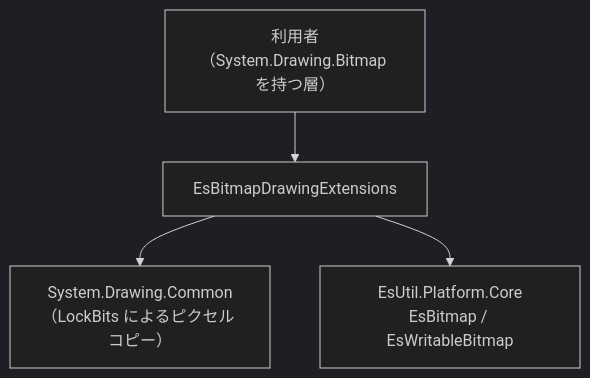
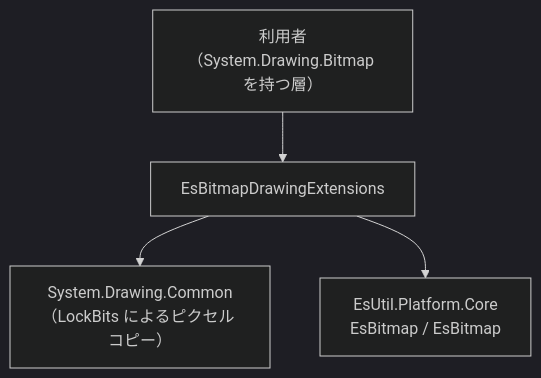
One commit to tomokuni/SaveEvidence changed the first of 2 diagrams in src/EsUtil.Platform.Core.Windows/docs/SPEC_System.md. Above: the diagram before and after it, drawn with Mermaid (dark theme). The commit also changed other lines of this file and 41 other files, not shown here.

````diff
--- a/src/EsUtil.Platform.Core.Windows/docs/SPEC_System.md
+++ b/src/EsUtil.Platform.Core.Windows/docs/SPEC_System.md
@@ -35,6 +35,6 @@
 ```mermaid
 graph TD
     A["利用者（System.Drawing.Bitmap を持つ層）"] --> B["EsBitmapDrawingExtensions"]
     B --> C["System.Drawing.Common<br/>（LockBits によるピクセル コピー）"]
-    B --> D["EsUtil.Platform.Core<br/>EsBitmap / EsWritableBitmap"]
+    B --> D["EsUtil.Platform.Core<br/>EsBitmap / EsBitmap"]
 ```
````
